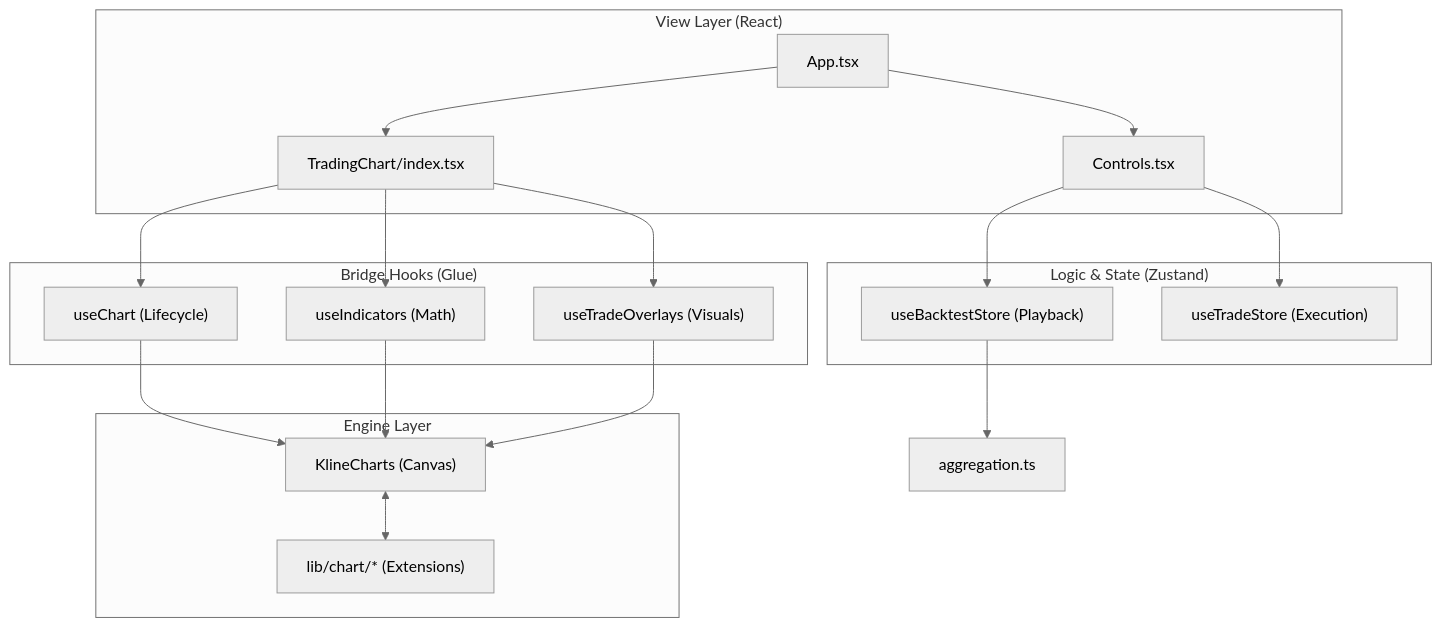
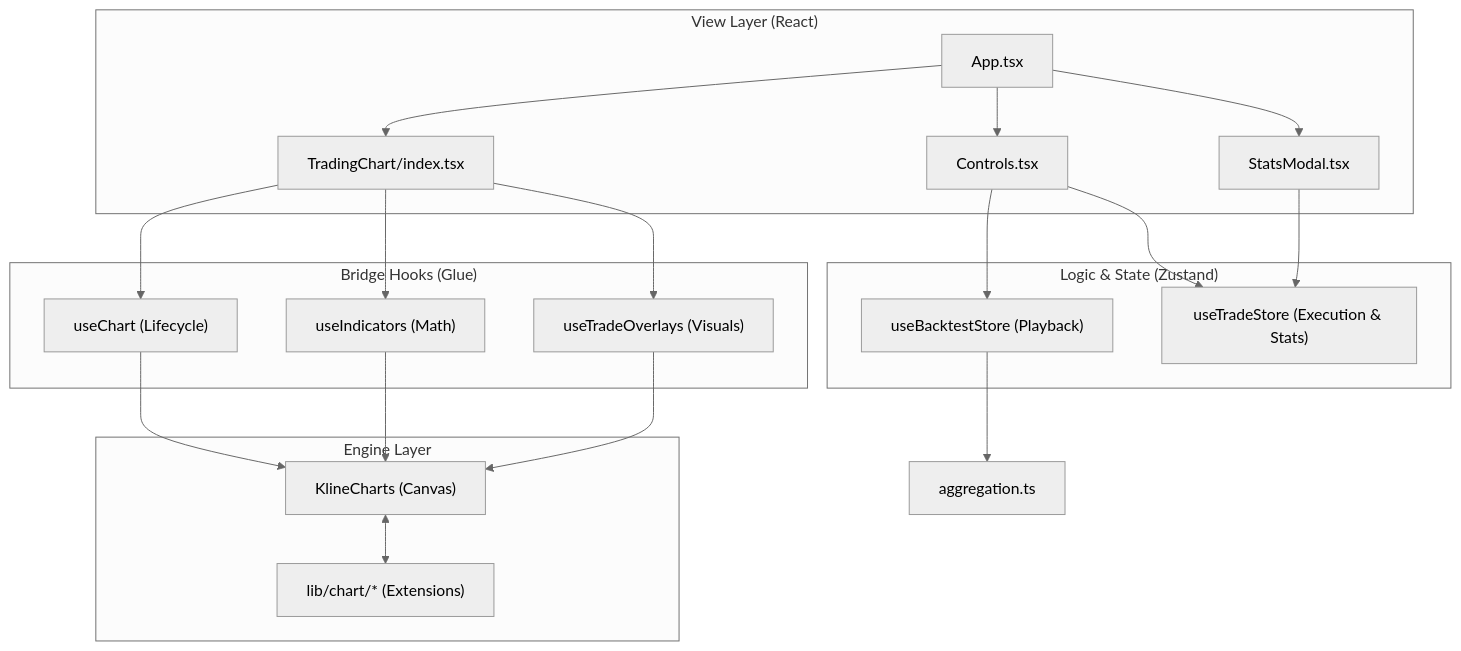
Before and after one commit to BinaryMasc/OpenBackTest: the diagram in CODEBASE.md, drawn with Mermaid (neutral theme). The commit also changed other lines of this file, not shown here.

````diff
--- a/CODEBASE.md
+++ b/CODEBASE.md
@@ -107,33 +111,35 @@
 ```mermaid
 graph TD
     %% Layers
     subgraph UI ["View Layer (React)"]
         App["App.tsx"]
         Controls["Controls.tsx"]
         ChartUI["TradingChart/index.tsx"]
+        Stats["StatsModal.tsx"]
     end
 
     subgraph Logic ["Logic & State (Zustand)"]
         BS["useBacktestStore (Playback)"]
-        TS["useTradeStore (Execution)"]
+        TS["useTradeStore (Execution & Stats)"]
     end
 
     subgraph Bridge ["Bridge Hooks (Glue)"]
         UC["useChart (Lifecycle)"]
         UIH["useIndicators (Math)"]
         UT["useTradeOverlays (Visuals)"]
     end
 
     subgraph Engine ["Engine Layer"]
         KC["KlineCharts (Canvas)"]
         Lib["lib/chart/* (Extensions)"]
     end
 
     %% Mapping
-    App --> Controls & ChartUI
+    App --> Controls & ChartUI & Stats
     Controls --> BS & TS
     ChartUI --> UC & UIH & UT
+    Stats --> TS
     UC & UIH & UT --> KC
     KC <--> Lib
     BS --> Agg["aggregation.ts"]
 ```
````
